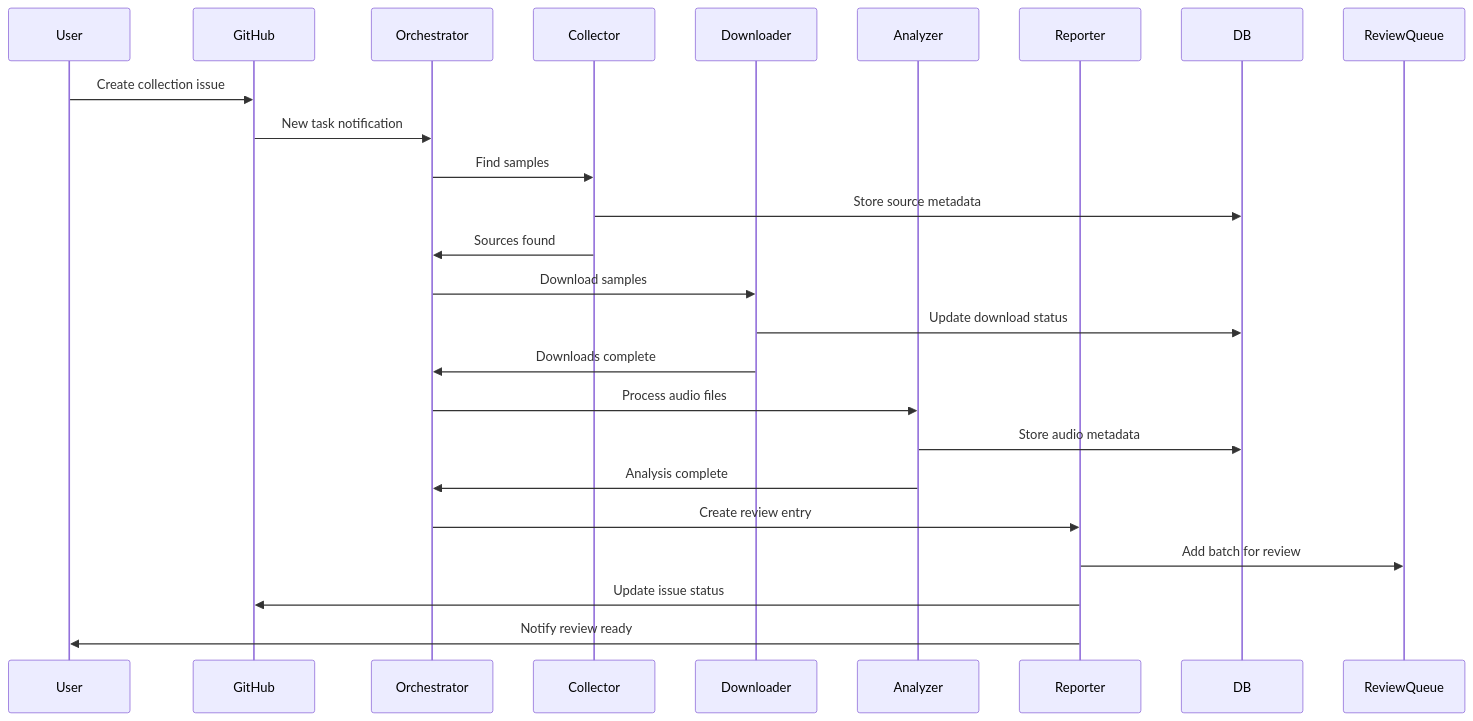
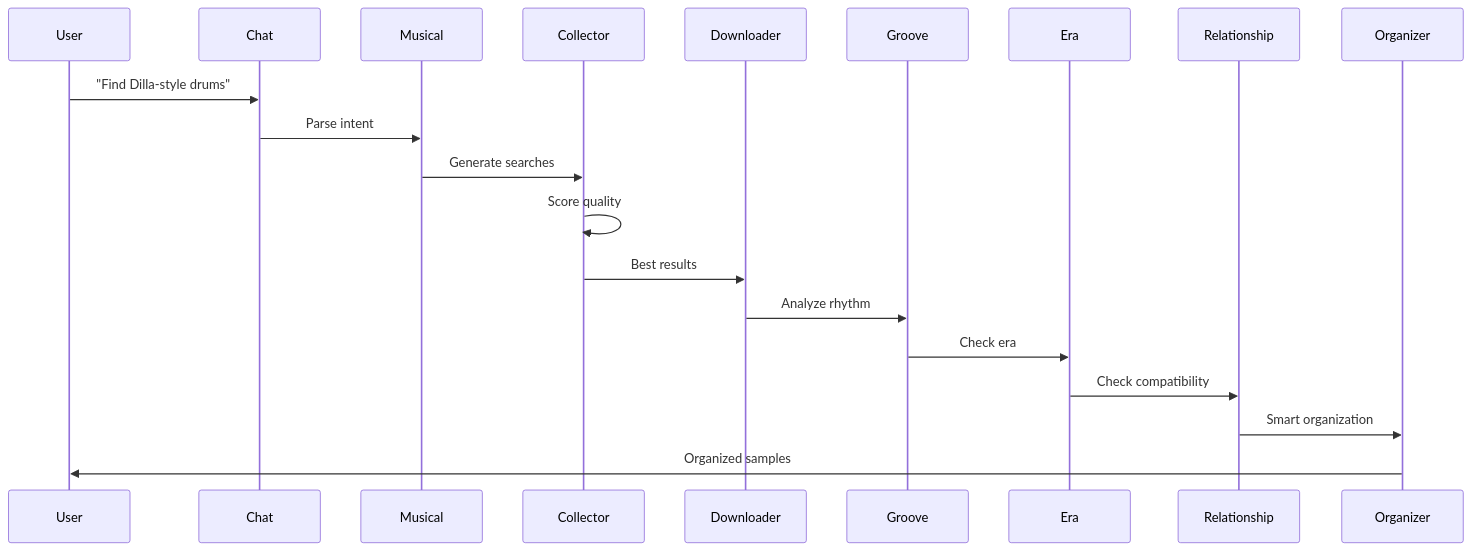
The second of 2 diagrams in docs/ARCHITECTURE.md (ciscoittech/sp404mk2-sample-agent), drawn with Mermaid before and after one commit. The commit also changed other lines of this file and 110 other files, not shown here.

````diff
--- a/docs/ARCHITECTURE.md
+++ b/docs/ARCHITECTURE.md
@@ -140,31 +142,23 @@
 ```mermaid
 sequenceDiagram
     participant User
-    participant GitHub
-    participant Orchestrator
+    participant Chat
+    participant Musical
     participant Collector
     participant Downloader
-    participant Analyzer
-    participant Reporter
-    participant DB
-    participant ReviewQueue
+    participant Groove
+    participant Era
+    participant Relationship
+    participant Organizer
     
-    User->>GitHub: Create collection issue
-    GitHub->>Orchestrator: New task notification
-    Orchestrator->>Collector: Find samples
-    Collector->>DB: Store source metadata
-    Collector->>Orchestrator: Sources found
-    
-    Orchestrator->>Downloader: Download samples
-    Downloader->>DB: Update download status
-    Downloader->>Orchestrator: Downloads complete
-    
-    Orchestrator->>Analyzer: Process audio files
-    Analyzer->>DB: Store audio metadata
-    Analyzer->>Orchestrator: Analysis complete
-    
-    Orchestrator->>Reporter: Create review entry
-    Reporter->>ReviewQueue: Add batch for review
-    Reporter->>GitHub: Update issue status
-    Reporter->>User: Notify review ready
+    User->>Chat: "Find Dilla-style drums"
+    Chat->>Musical: Parse intent
+    Musical->>Collector: Generate searches
+    Collector->>Collector: Score quality
+    Collector->>Downloader: Best results
+    Downloader->>Groove: Analyze rhythm
+    Groove->>Era: Check era
+    Era->>Relationship: Check compatibility
+    Relationship->>Organizer: Smart organization
+    Organizer->>User: Organized samples
 ```
````
